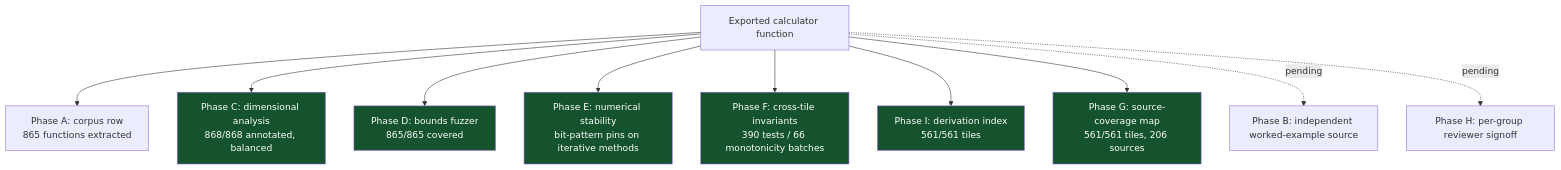
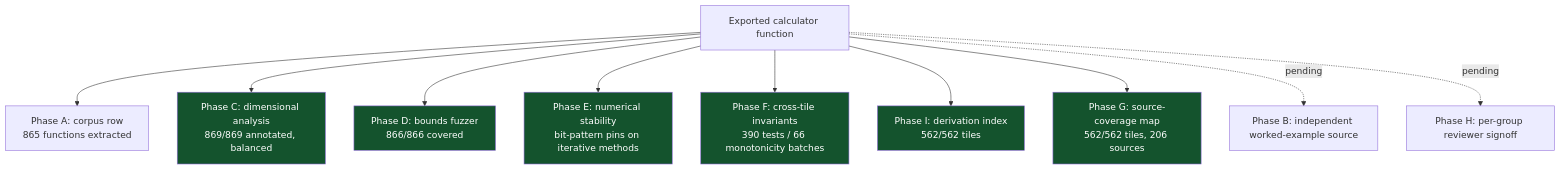
Before and after one commit to clay-good/roughlogic.com: the fourth of 6 diagrams in README.md, drawn with Mermaid. The commit also changed other lines of this file and 16 other files, not shown here.

````diff
--- a/README.md
+++ b/README.md
@@ -276,18 +278,18 @@
 ```mermaid
 flowchart TB
     F[Exported calculator function] --> A[Phase A: corpus row\n865 functions extracted]
-    F --> C[Phase C: dimensional analysis\n868/868 annotated, balanced]
-    F --> D[Phase D: bounds fuzzer\n865/865 covered]
+    F --> C[Phase C: dimensional analysis\n869/869 annotated, balanced]
+    F --> D[Phase D: bounds fuzzer\n866/866 covered]
     F --> E[Phase E: numerical stability\nbit-pattern pins on iterative methods]
     F --> Fa[Phase F: cross-tile invariants\n390 tests / 66 monotonicity batches]
-    F --> I[Phase I: derivation index\n561/561 tiles]
-    F --> G[Phase G: source-coverage map\n561/561 tiles, 206 sources]
+    F --> I[Phase I: derivation index\n562/562 tiles]
+    F --> G[Phase G: source-coverage map\n562/562 tiles, 206 sources]
     F -.pending.-> B[Phase B: independent worked-example source]
     F -.pending.-> H[Phase H: per-group reviewer signoff]
     style C fill:#14532d,color:#fff
     style D fill:#14532d,color:#fff
     style E fill:#14532d,color:#fff
     style Fa fill:#14532d,color:#fff
     style G fill:#14532d,color:#fff
     style I fill:#14532d,color:#fff
 ```
````
